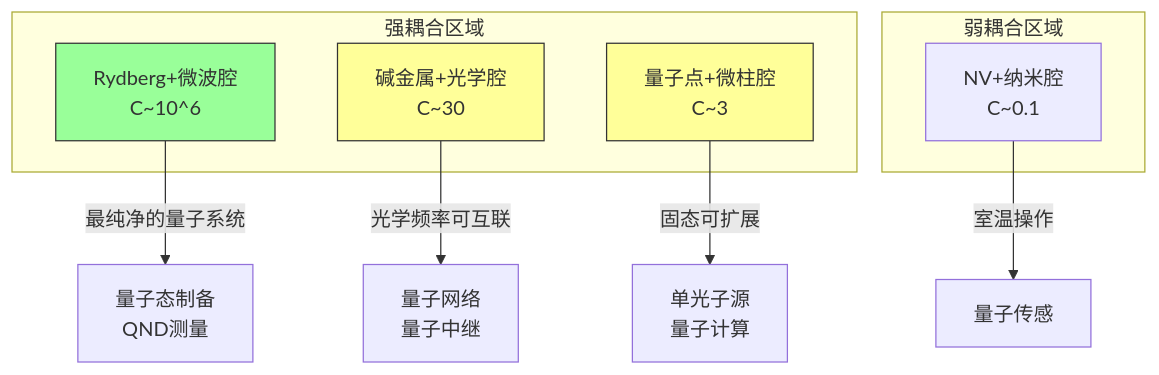
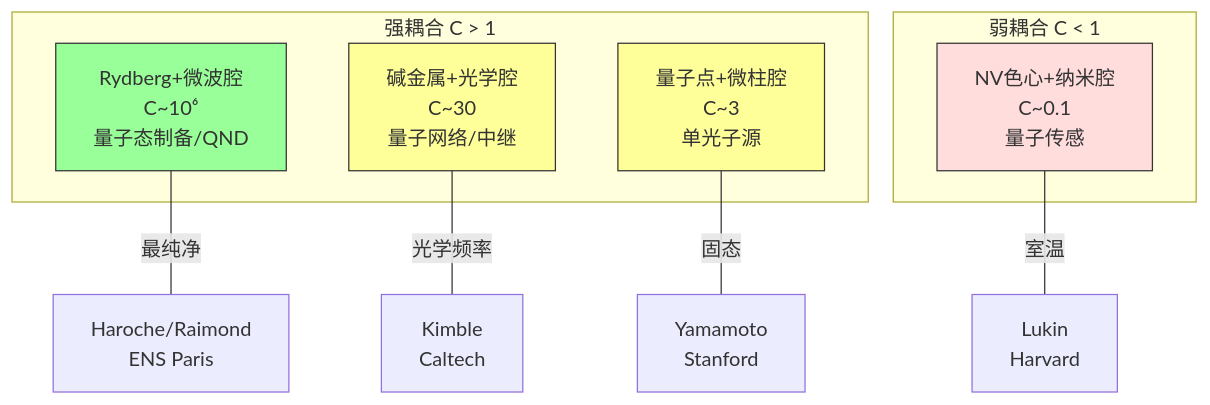
Before and after one commit to photonics-dhl/Self-learning: the second of 2 diagrams in Obsidian-Vault/1️⃣ 学科基础/📁 03 量子光学/07_腔量子电动力学.md, drawn with Mermaid. The commit also changed other lines of this file, not shown here.

````diff
--- a/Obsidian-Vault/1️⃣ 学科基础/📁 03 量子光学/07_腔量子电动力学.md
+++ b/Obsidian-Vault/1️⃣ 学科基础/📁 03 量子光学/07_腔量子电动力学.md
@@ -279,20 +442,21 @@
 ```mermaid
 graph TD
-    subgraph 强耦合区域
-    R["Rydberg+微波腔<br/>C~10^6"]
-    A["碱金属+光学腔<br/>C~30"]
-    Q["量子点+微柱腔<br/>C~3"]
+    subgraph "强耦合 C > 1"
+    R["Rydberg+微波腔<br/>C~10⁶<br/>量子态制备/QND"]
+    A["碱金属+光学腔<br/>C~30<br/>量子网络/中继"]
+    Q["量子点+微柱腔<br/>C~3<br/>单光子源"]
     end
-    subgraph 弱耦合区域
-    N["NV+纳米腔<br/>C~0.1"]
+    subgraph "弱耦合 C < 1"
+    N["NV色心+纳米腔<br/>C~0.1<br/>量子传感"]
     end
 
-    R -->|"最纯净的量子系统"| R1["量子态制备<br/>QND测量"]
-    A -->|"光学频率可互联"| A1["量子网络<br/>量子中继"]
-    Q -->|"固态可扩展"| Q1["单光子源<br/>量子计算"]
-    N -->|"室温操作"| N1["量子传感"]
+    R ---|"最纯净"| RA["Haroche/Raimond<br/>ENS Paris"]
+    A ---|"光学频率"| AA["Kimble<br/>Caltech"]
+    Q ---|"固态"| QA["Yamamoto<br/>Stanford"]
+    N ---|"室温"| NA["Lukin<br/>Harvard"]
 
     style R fill:#9f9,stroke:#333
     style A fill:#ff9,stroke:#333
     style Q fill:#ff9,stroke:#333
+    style N fill:#fdd,stroke:#333
 ```
````
